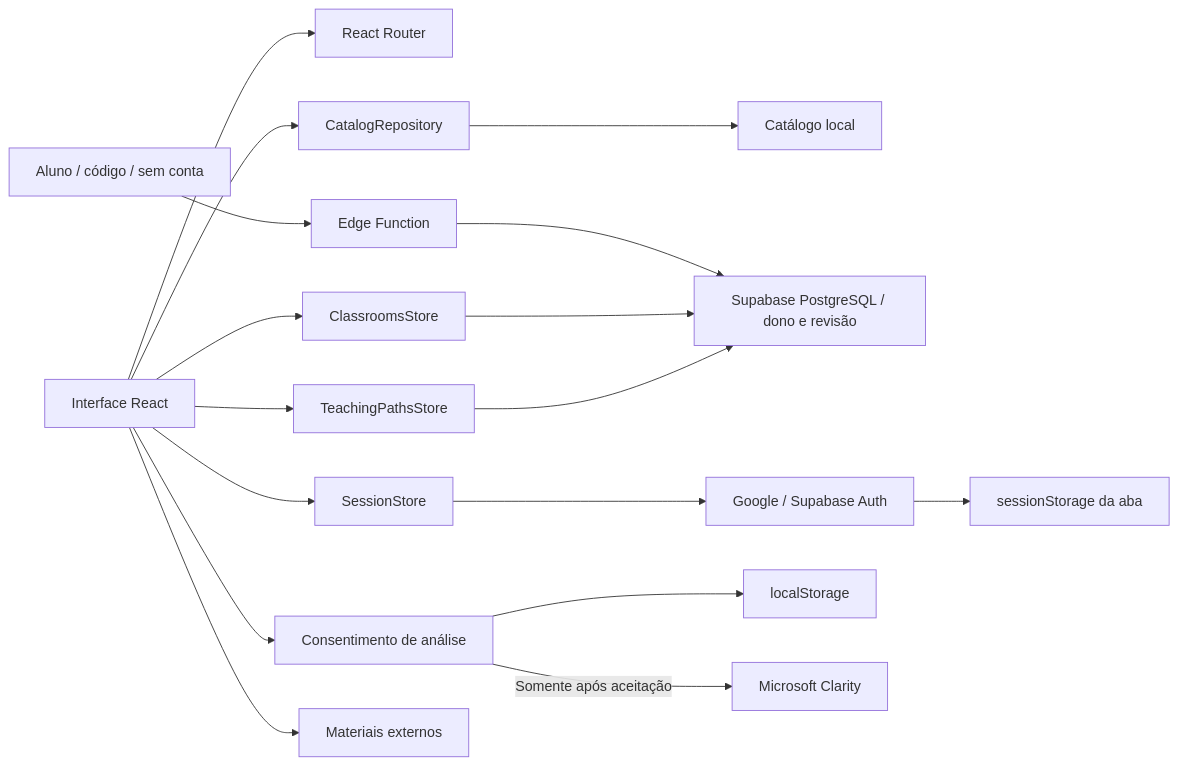
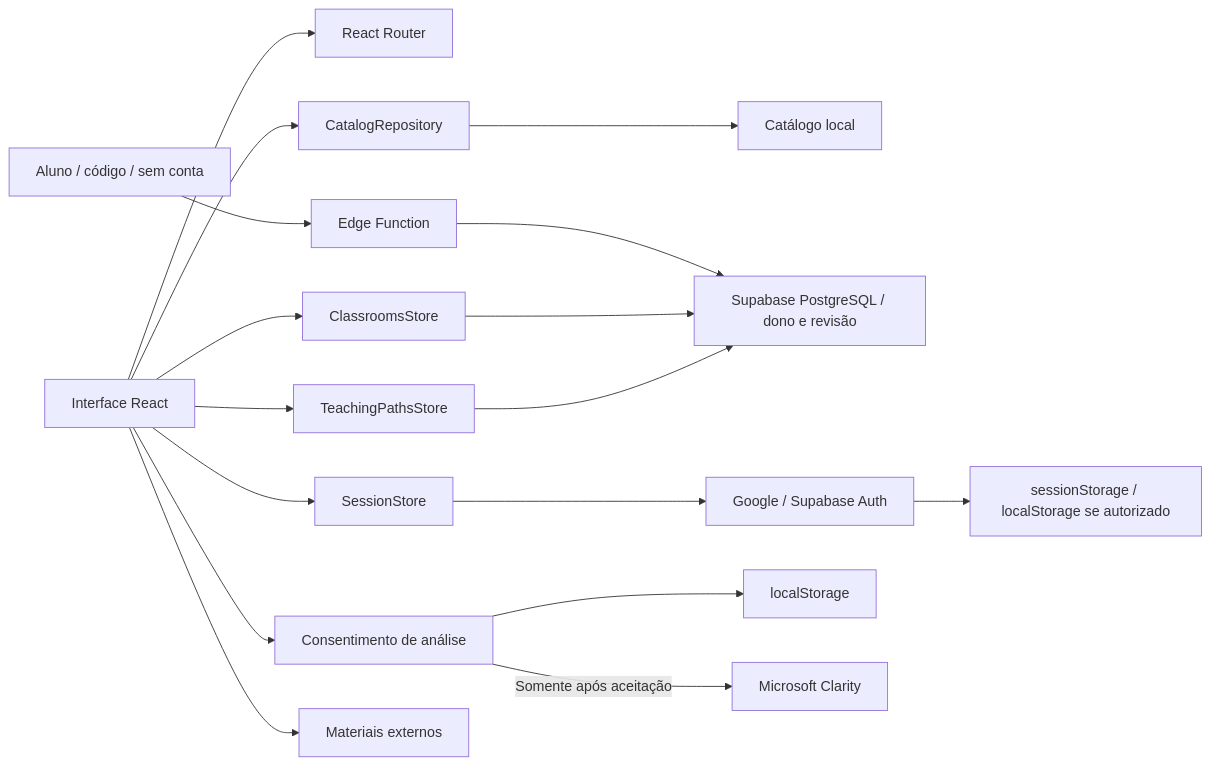
The first of 2 diagrams in docs/arquitetura.md (AKL77/explora-computacao), drawn with Mermaid before and after one commit. The commit also changed other lines of this file and 67 other files, not shown here.

````diff
--- a/docs/arquitetura.md
+++ b/docs/arquitetura.md
@@ -10,19 +10,19 @@
 ```mermaid
 flowchart LR
   UI["Interface React"] --> ROUTER["React Router"]
   UI --> CATALOG["CatalogRepository"]
   CATALOG --> FIXTURE["Catálogo local"]
   UI --> PATHS["TeachingPathsStore"]
   UI --> SESSION["SessionStore"]
   UI --> CLASSES["ClassroomsStore"]
   PATHS --> DB["Supabase PostgreSQL / dono e revisão"]
   SESSION --> AUTH["Google / Supabase Auth"]
-  AUTH --> SS["sessionStorage da aba"]
+  AUTH --> SS["sessionStorage / localStorage se autorizado"]
   CLASSES --> DB
   STUDENT["Aluno / código / sem conta"] --> EDGE["Edge Function"]
   EDGE --> DB
   UI --> CONSENT["Consentimento de análise"]
   CONSENT --> LS["localStorage"]
   CONSENT -->|"Somente após aceitação"| CLARITY["Microsoft Clarity"]
   UI --> EXT["Materiais externos"]
 ```
````
